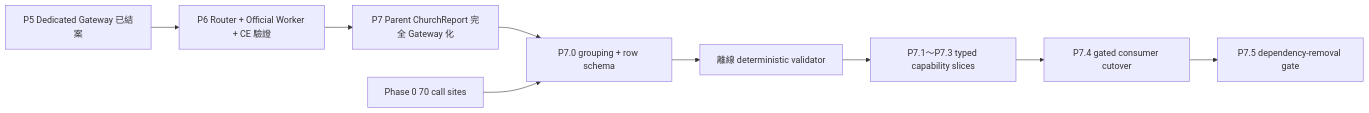
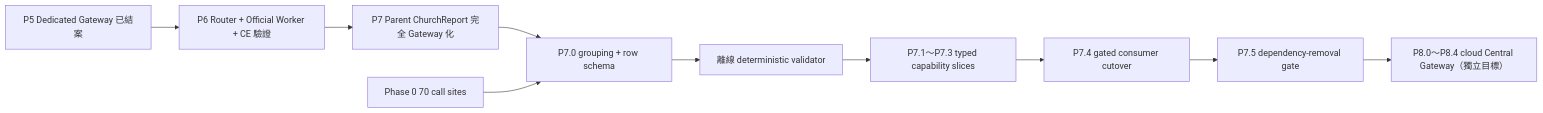
One commit to MengSung/SpeechMessageProducts changed the diagram in .trellis/tasks/08-05-gateway-capability-inventory/design.md. Above: the diagram before and after it, drawn with Mermaid. The commit also changed other lines of this file and 19 other files, not shown here.

````diff
--- a/.trellis/tasks/08-05-gateway-capability-inventory/design.md
+++ b/.trellis/tasks/08-05-gateway-capability-inventory/design.md
@@ -7,11 +7,12 @@
 ```mermaid
 flowchart LR
     A["P5 Dedicated Gateway 已結案"] --> B["P6 Router + Official Worker + CE 驗證"]
     B --> C["P7 Parent ChurchReport 完全 Gateway 化"]
     C --> D["P7.0 grouping + row schema"]
     P["Phase 0 70 call sites"] --> D
     D --> E["離線 deterministic validator"]
     E --> F["P7.1～P7.3 typed capability slices"]
     F --> G["P7.4 gated consumer cutover"]
     G --> H["P7.5 dependency-removal gate"]
+    H --> I["P8.0～P8.4 cloud Central Gateway（獨立目標）"]
 ```
````
